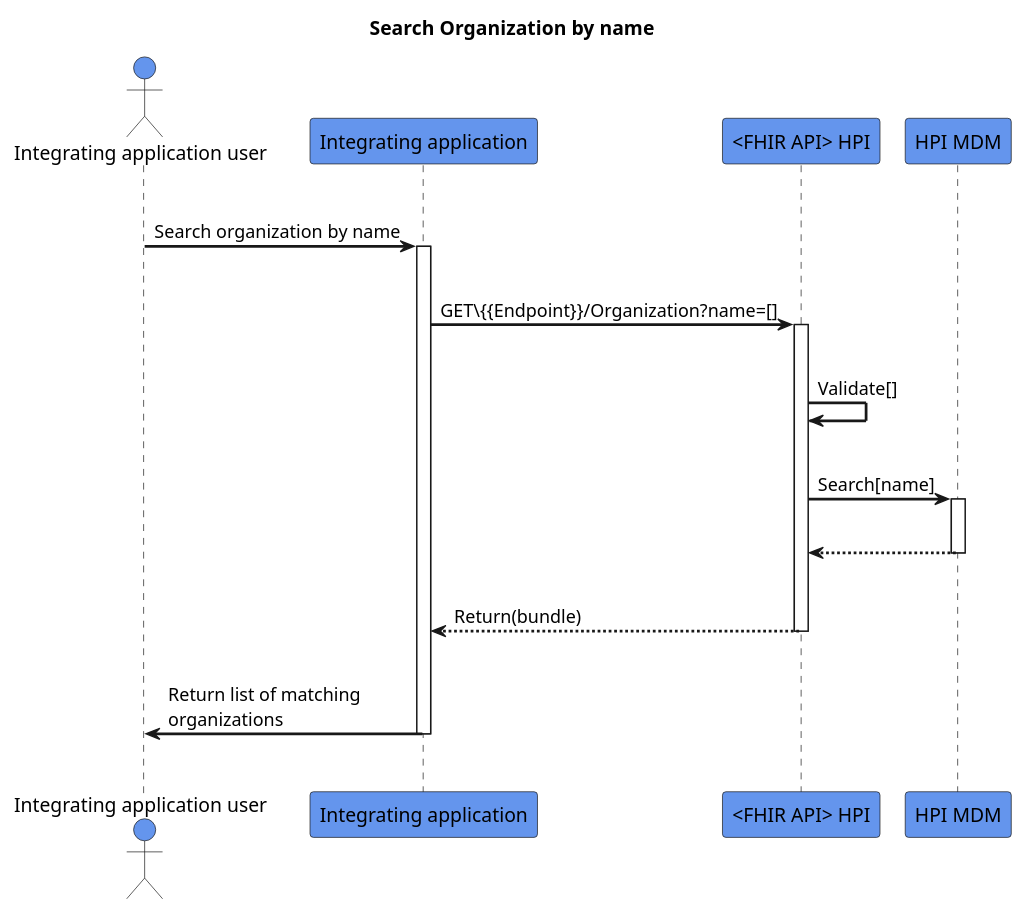
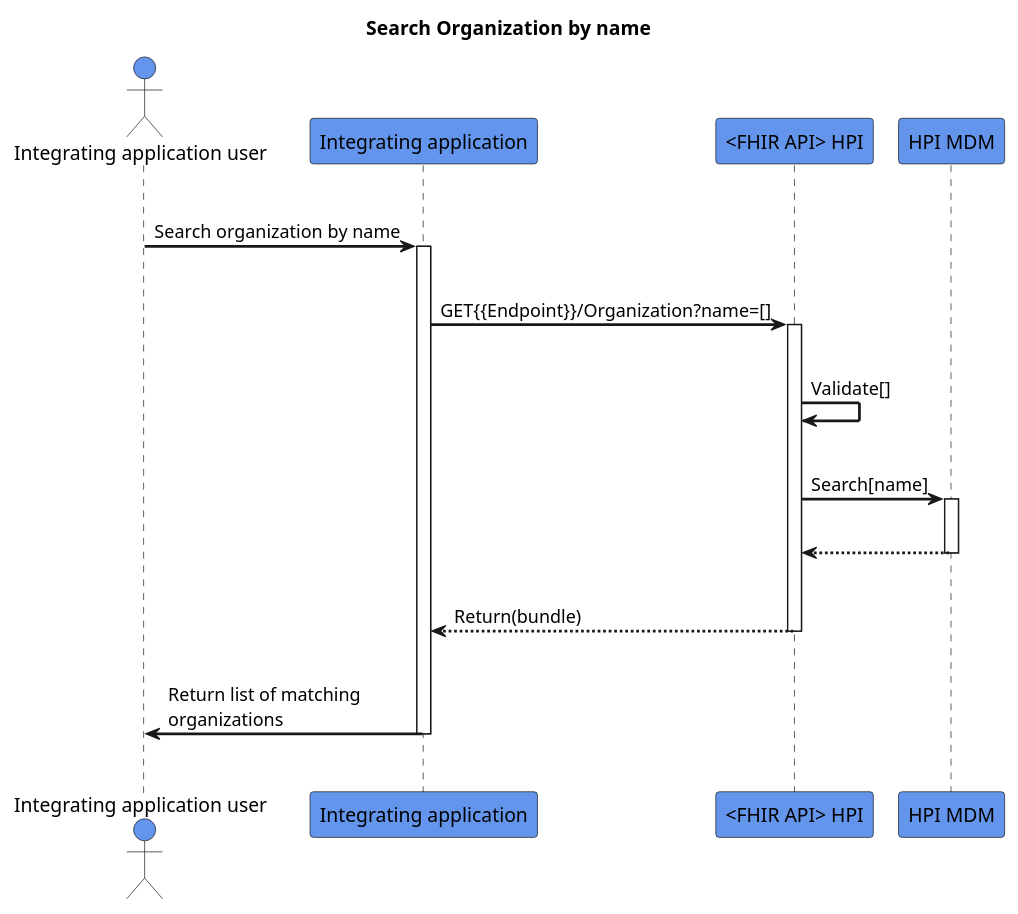
Before and after one commit to HL7NZ/hpi: the diagram in input/images-source/search-organizationwithname.plantuml, drawn with PlantUML.

```diff
--- a/input/images-source/search-organizationwithname.plantuml
+++ b/input/images-source/search-organizationwithname.plantuml
@@ -1,32 +1,32 @@
 @startuml
 skinparam sequenceArrowThickness 2
 skinparam roundcorner 5
 skinparam maxmessagesize 180
 skinparam sequenceParticipant bold
 title Search Organization by name
 actor "Integrating application user" as User #CornflowerBlue
 participant "Integrating application" as A #CornflowerBlue
 participant "<FHIR API> HPI" as B #CornflowerBlue
 participant "HPI MDM" as C #CornflowerBlue
 |||
 User -> A: Search organization by name
 activate A
 |||
-A -> B: GET\{{Endpoint}}/Organization?name=[]
+A -> B: GET{{Endpoint}}/Organization?name=[]
 activate B
 |||
 B -> B: Validate[]
 |||
 B -> C: Search[name]
 activate C
 |||
 C -[dashed]-> B:  
 deactivate C
 |||
 B -[dashed]-> A:Return(bundle)
 deactivate B
 |||
 A -> User: Return list of matching organizations
 deactivate A
 |||
 @enduml
```
